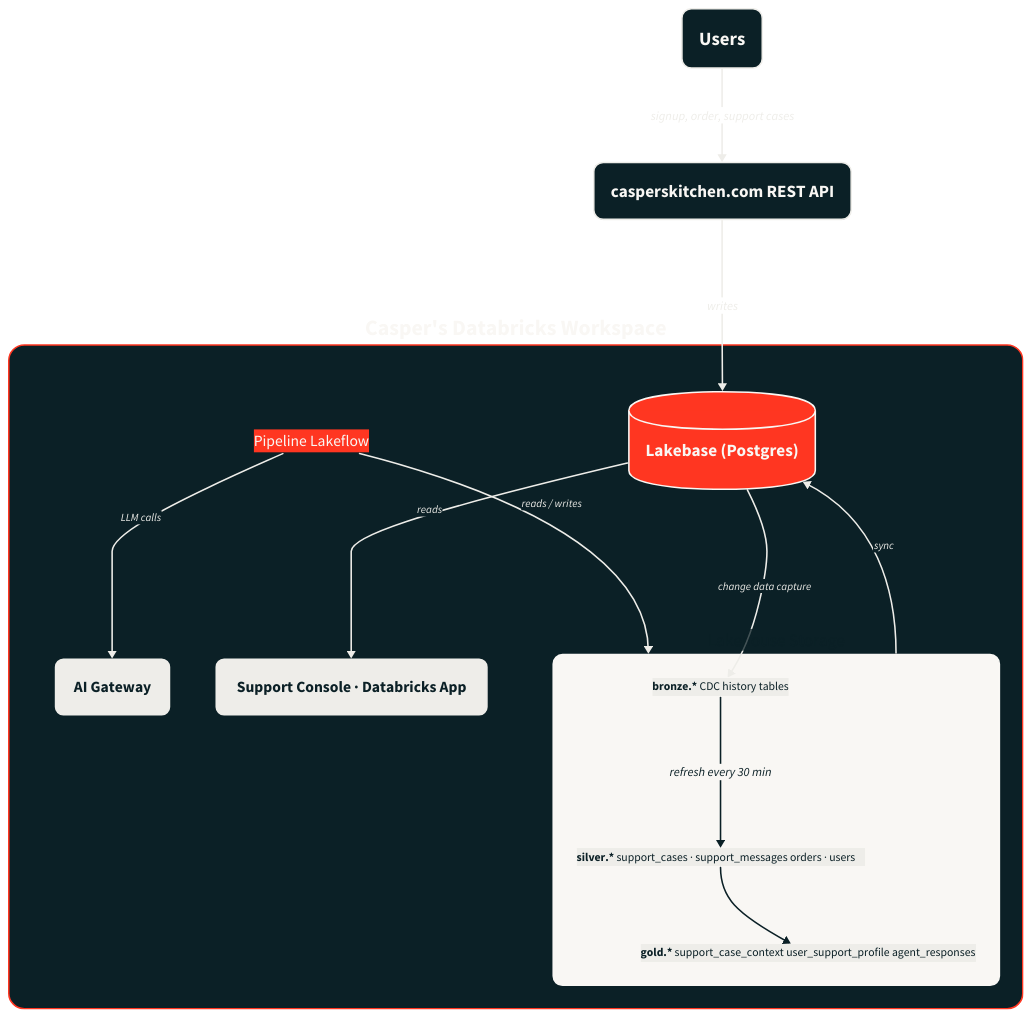
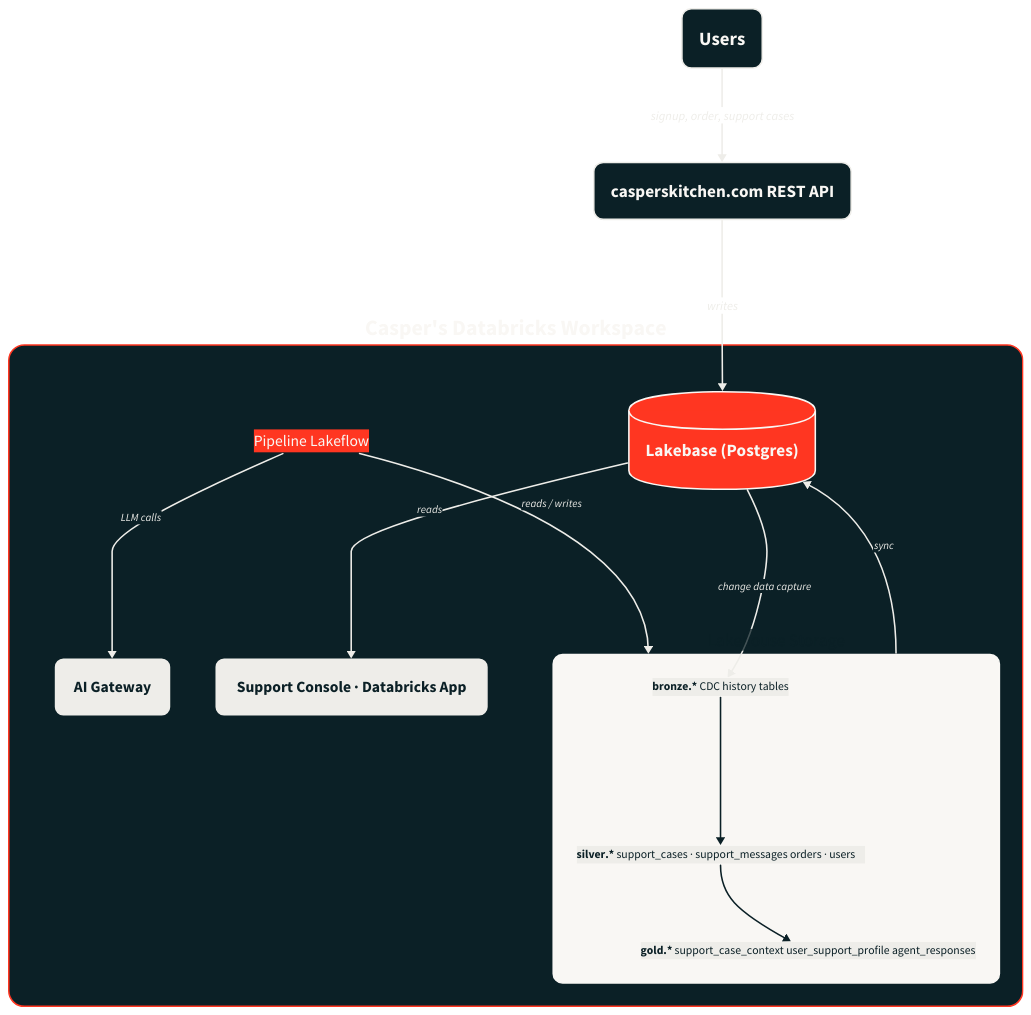
The diagram in docs/architecture.d2 (andrelandgraf/caspers-kitchen), drawn with D2 before and after one commit. The commit also changed 7 other files, not shown here.

First line of the commit message:
Run all pipelines every 1 min and add bronze layer to diagram

```diff
--- a/docs/architecture.d2
+++ b/docs/architecture.d2
@@ -164,7 +164,7 @@
       }
     }
 
-    bronze -> silver: refresh every 30 min {
+    bronze -> silver {
       style: {
         stroke: "#0B2026"
         font-color: "#0B2026"
```
